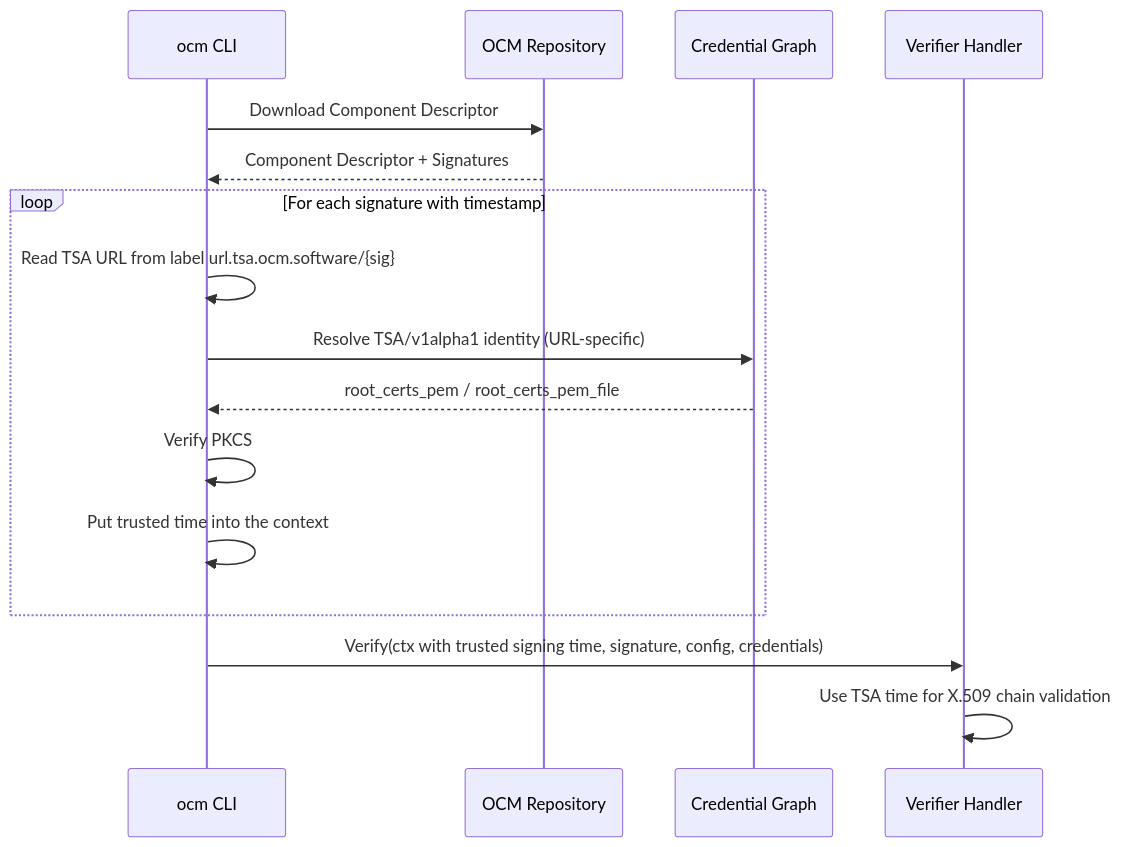
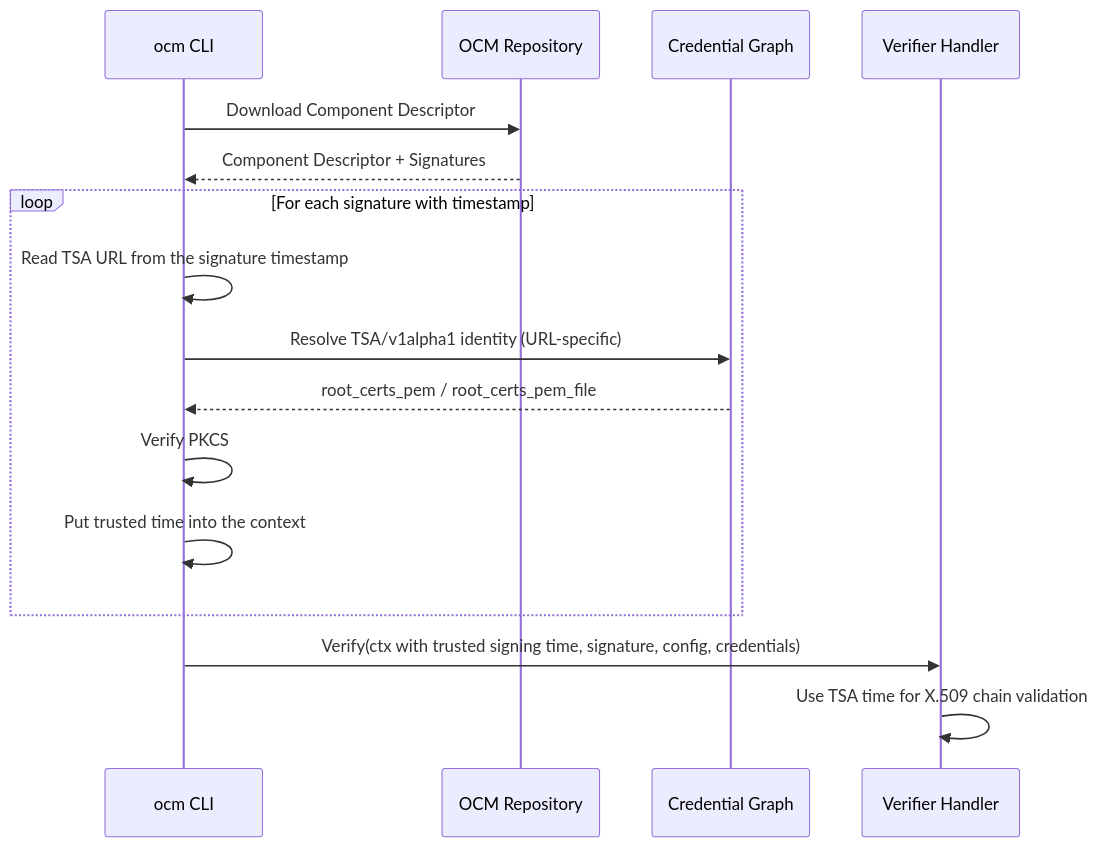
One commit to open-component-model/open-component-model changed the second of 2 diagrams in docs/adr/0032_rfc3161_timestamping.md. Above: the diagram before and after it, drawn with Mermaid. The commit also changed other lines of this file and 15 other files, not shown here.

Commit message:
fix(signing): store TSA URL with the timestamp instead of a signed label

````diff
--- a/docs/adr/0032_rfc3161_timestamping.md
+++ b/docs/adr/0032_rfc3161_timestamping.md
@@ -253,19 +248,19 @@
 ```mermaid
 sequenceDiagram
     participant CLI as ocm CLI
     participant Repo as OCM Repository
     participant Creds as Credential Graph
     participant Handler as Verifier Handler
 
     CLI->>Repo: Download Component Descriptor
     Repo-->>CLI: Component Descriptor + Signatures
     loop For each signature with timestamp
-        CLI->>CLI: Read TSA URL from label url.tsa.ocm.software/{sig}
+        CLI->>CLI: Read TSA URL from the signature timestamp
         CLI->>Creds: Resolve TSA/v1alpha1 identity (URL-specific)
         Creds-->>CLI: root_certs_pem / root_certs_pem_file
         CLI->>CLI: Verify PKCS#7 token against digest + root pool
         CLI->>CLI: Put trusted time into the context
     end
     CLI->>Handler: Verify(ctx with trusted signing time, signature, config, credentials)
     Handler->>Handler: Use TSA time for X.509 chain validation
 ```
````
